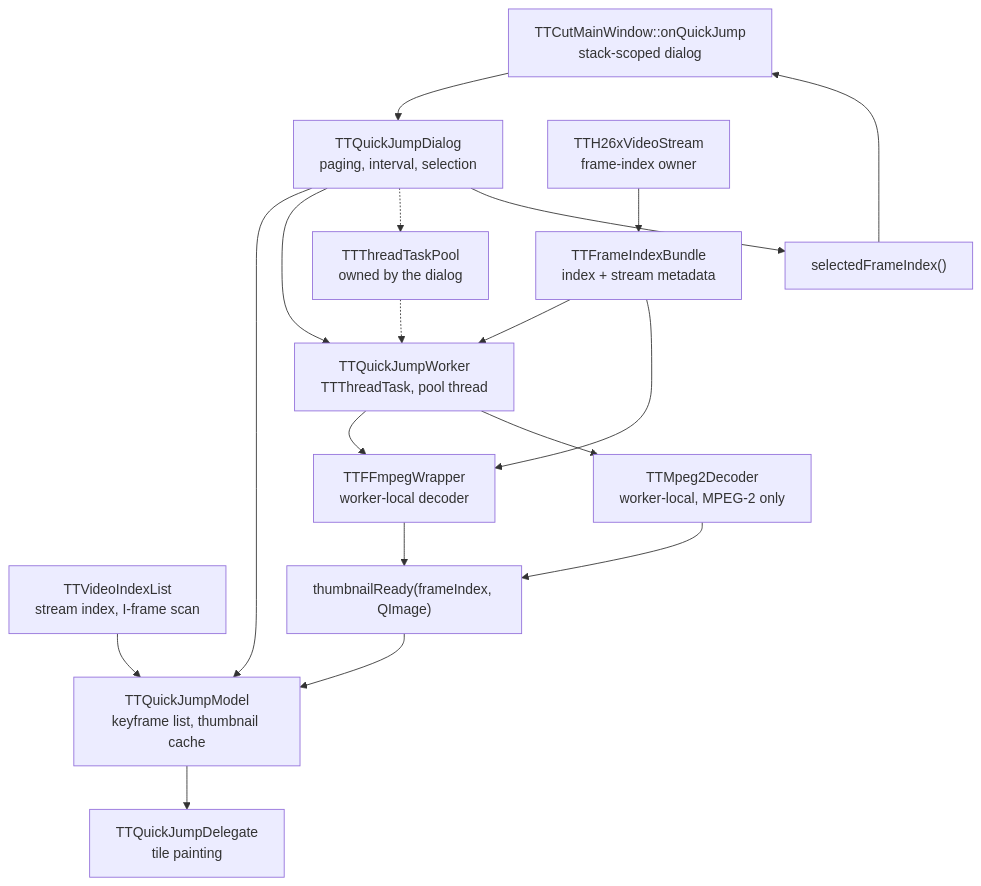
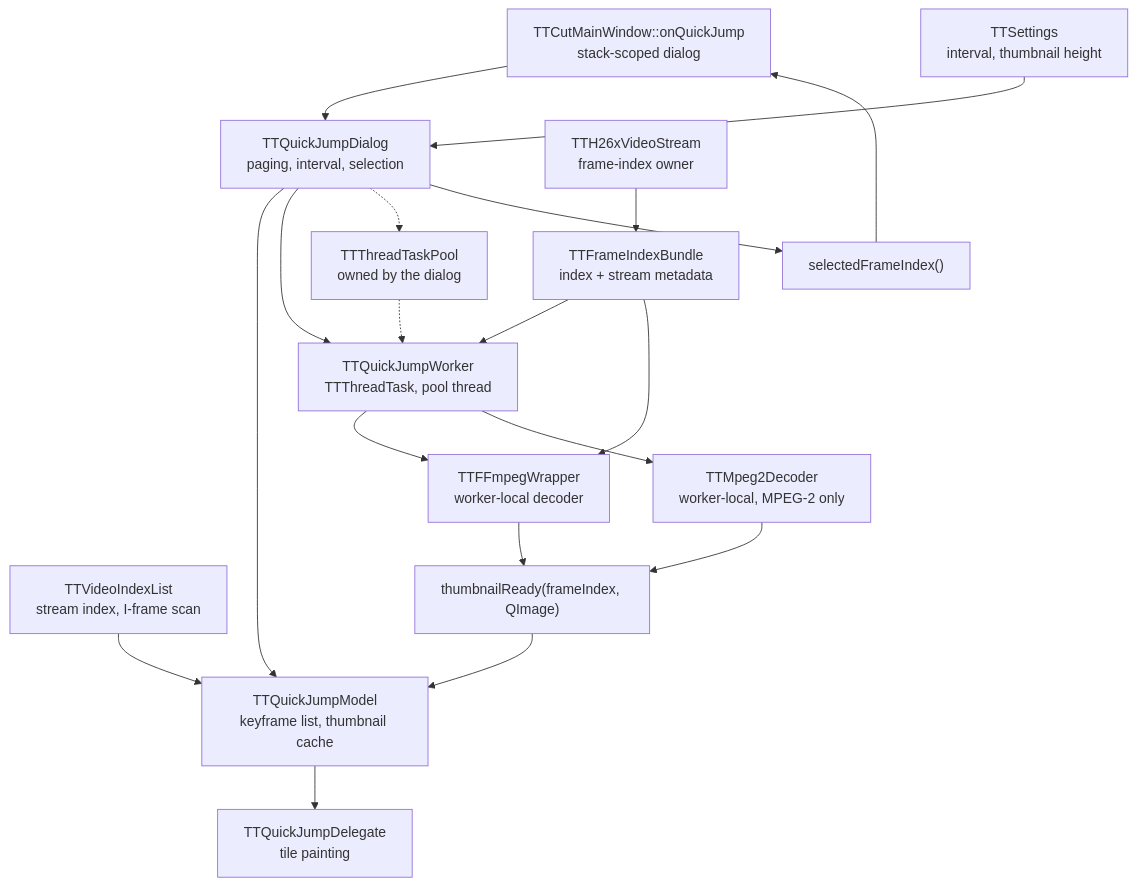
The diagram in docs/code-map/quick-jump.md (MINIXJR/TTCut-ng), drawn with Mermaid before and after one commit. The commit also changed other lines of this file, not shown here.

First line of the commit message:
Record the thumbnail height setting in the quick-jump map

````diff
--- a/docs/code-map/quick-jump.md
+++ b/docs/code-map/quick-jump.md
@@ -34,34 +36,36 @@
 ```mermaid
 flowchart TD
     MW["TTCutMainWindow::onQuickJump<br/>stack-scoped dialog"]
     DLG["TTQuickJumpDialog<br/>paging, interval, selection"]
     MODEL["TTQuickJumpModel<br/>keyframe list, thumbnail cache"]
     DEL["TTQuickJumpDelegate<br/>tile painting"]
     POOL["TTThreadTaskPool<br/>owned by the dialog"]
     WORKER["TTQuickJumpWorker<br/>TTThreadTask, pool thread"]
     IDXLIST["TTVideoIndexList<br/>stream index, I-frame scan"]
+    SET["TTSettings<br/>interval, thumbnail height"]
     OWNER["TTH26xVideoStream<br/>frame-index owner"]
     WRAP["TTFFmpegWrapper<br/>worker-local decoder"]
     MPEG2["TTMpeg2Decoder<br/>worker-local, MPEG-2 only"]
     BUNDLE["TTFrameIndexBundle<br/>index + stream metadata"]
     THUMB["thumbnailReady(frameIndex, QImage)"]
     SEL["selectedFrameIndex()"]
 
     MW --> DLG
+    SET --> DLG
     DLG --> MODEL
     MODEL --> DEL
     IDXLIST --> MODEL
     DLG --> WORKER
     OWNER --> BUNDLE
     BUNDLE --> WORKER
     DLG -.-> POOL
     POOL -.-> WORKER
     WORKER --> WRAP
     WORKER --> MPEG2
     BUNDLE --> WRAP
     WRAP --> THUMB
     MPEG2 --> THUMB
     THUMB --> MODEL
     DLG --> SEL
     SEL --> MW
 ```
````
